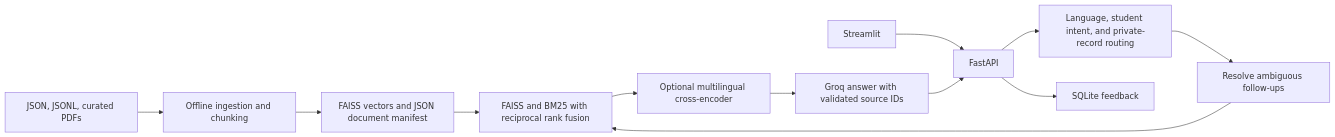
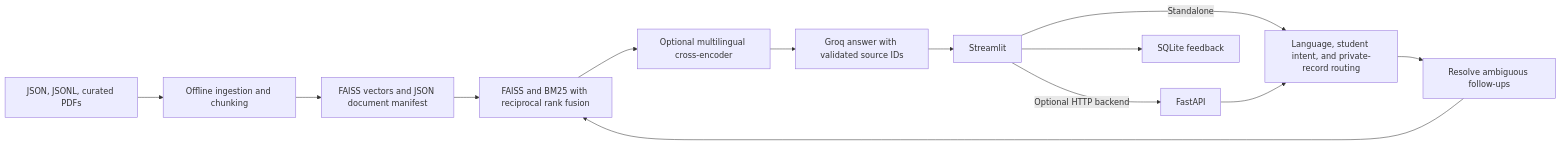
The diagram in README.md (arrahmanriju/Chatbot-SEU), drawn with Mermaid before and after one commit. The commit also changed other lines of this file and 10 other files, not shown here.

Commit message:
Prepare standalone Chatbot-SEU for Streamlit Community Cloud

````diff
--- a/README.md
+++ b/README.md
@@ -7,14 +7,15 @@
 ```mermaid
 flowchart LR
     Data[JSON, JSONL, curated PDFs] --> Build[Offline ingestion and chunking]
     Build --> Index[FAISS vectors and JSON document manifest]
-    UI[Streamlit] --> API[FastAPI]
+    UI[Streamlit] -->|Optional HTTP backend| API[FastAPI]
+    UI -->|Standalone| Triage
     API --> Triage[Language, student intent, and private-record routing]
     Triage --> Rewrite[Resolve ambiguous follow-ups]
     Rewrite --> Search[FAISS and BM25 with reciprocal rank fusion]
     Index --> Search
     Search --> Rerank[Optional multilingual cross-encoder]
     Rerank --> Answer[Groq answer with validated source IDs]
-    Answer --> API
-    API --> Feedback[SQLite feedback]
+    Answer --> UI
+    UI --> Feedback[SQLite feedback]
 ```
````
